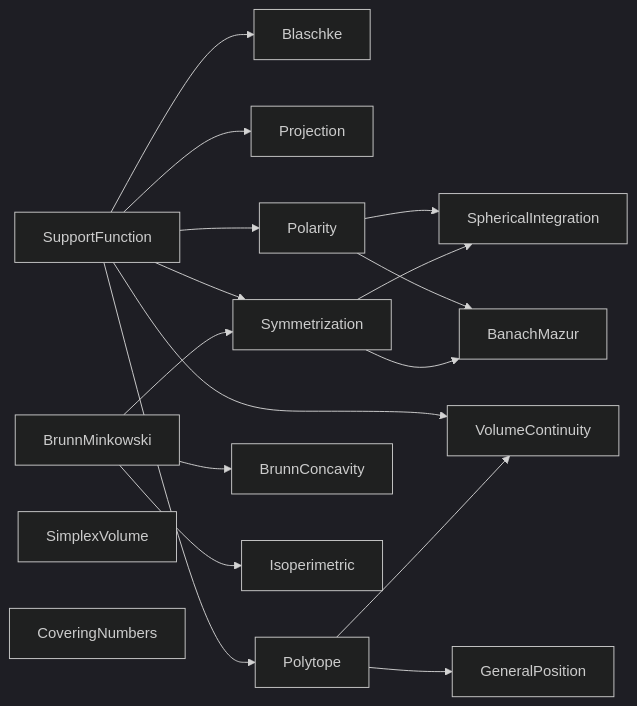
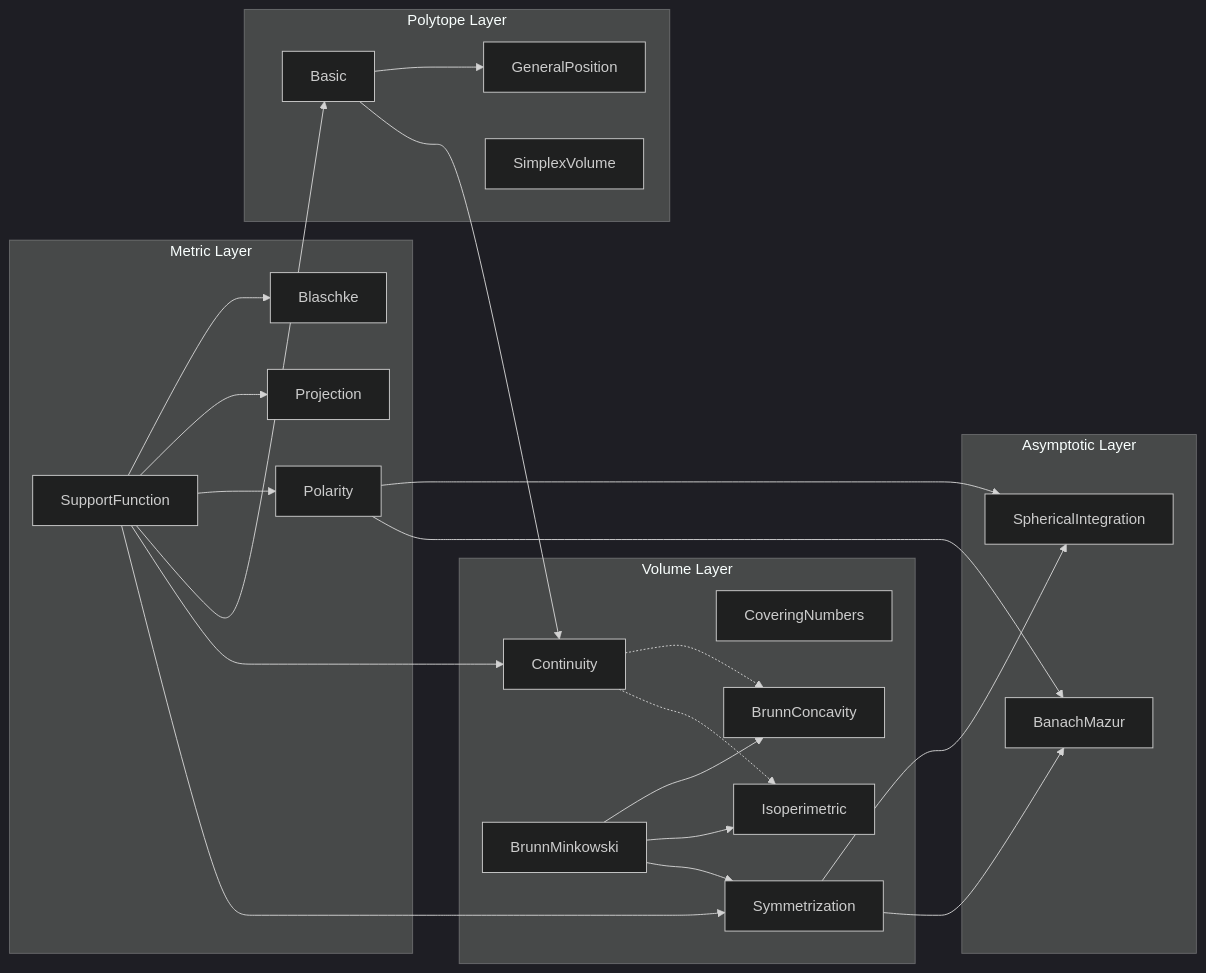
The diagram in MODULES.md (egor1729/lean-convex-geometry), drawn with Mermaid (dark theme) before and after one commit. The commit also changed other lines of this file and 2 other files, not shown here.

Commit message:
Update README, MODULES, and ROADMAP for reorganized layout, conventions, and verification

````diff
--- a/MODULES.md
+++ b/MODULES.md
@@ -36,20 +59,47 @@
 ```mermaid
 flowchart LR
-    SF[SupportFunction] --> BL[Blaschke]
-    SF --> PR[Projection]
-    SF --> PO[Polarity]
-    SF --> PY[Polytope]
-    SF --> VC[VolumeContinuity]
-    SF --> SY[Symmetrization]
+    subgraph Metric["Metric Layer"]
+        SF["SupportFunction"]
+        BL["Blaschke"]
+        PR["Projection"]
+        PO["Polarity"]
+        SF --> BL
+        SF --> PR
+        SF --> PO
+    end
+
+    subgraph Polytope["Polytope Layer"]
+        PY["Basic"]
+        GP["GeneralPosition"]
+        SV["SimplexVolume"]
+        PY --> GP
+    end
+
+    subgraph Volume["Volume Layer"]
+        VC["Continuity"]
+        CN["CoveringNumbers"]
+        BM["BrunnMinkowski"]
+        BC["BrunnConcavity"]
+        ISO["Isoperimetric"]
+        SY["Symmetrization"]
+        BM --> BC
+        BM --> ISO
+        BM --> SY
+        VC -.-> BC
+        VC -.-> ISO
+    end
+
+    subgraph Asymptotic["Asymptotic Layer"]
+        SI["SphericalIntegration"]
+        BMA["BanachMazur"]
+    end
+
+    SF --> PY
+    SF --> VC
     PY --> VC
-    PY --> GP[GeneralPosition]
-    BM[BrunnMinkowski] --> SY
-    BM --> BC[BrunnConcavity]
-    BM --> ISO[Isoperimetric]
-    PO --> SI[SphericalIntegration]
+    SF --> SY
+    PO --> SI
     SY --> SI
-    PO --> BMA[BanachMazur]
+    PO --> BMA
     SY --> BMA
-    SV[SimplexVolume]
-    CN[CoveringNumbers]
 ```
````
